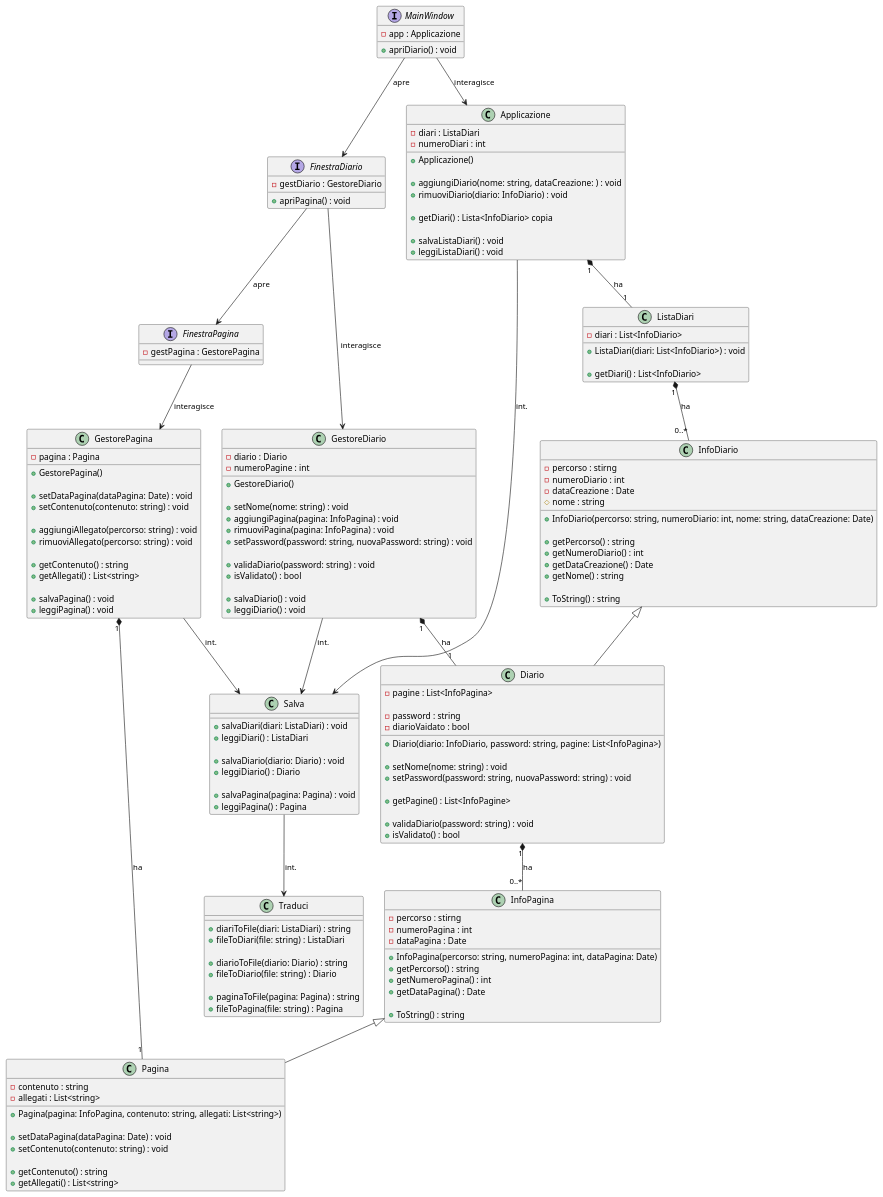
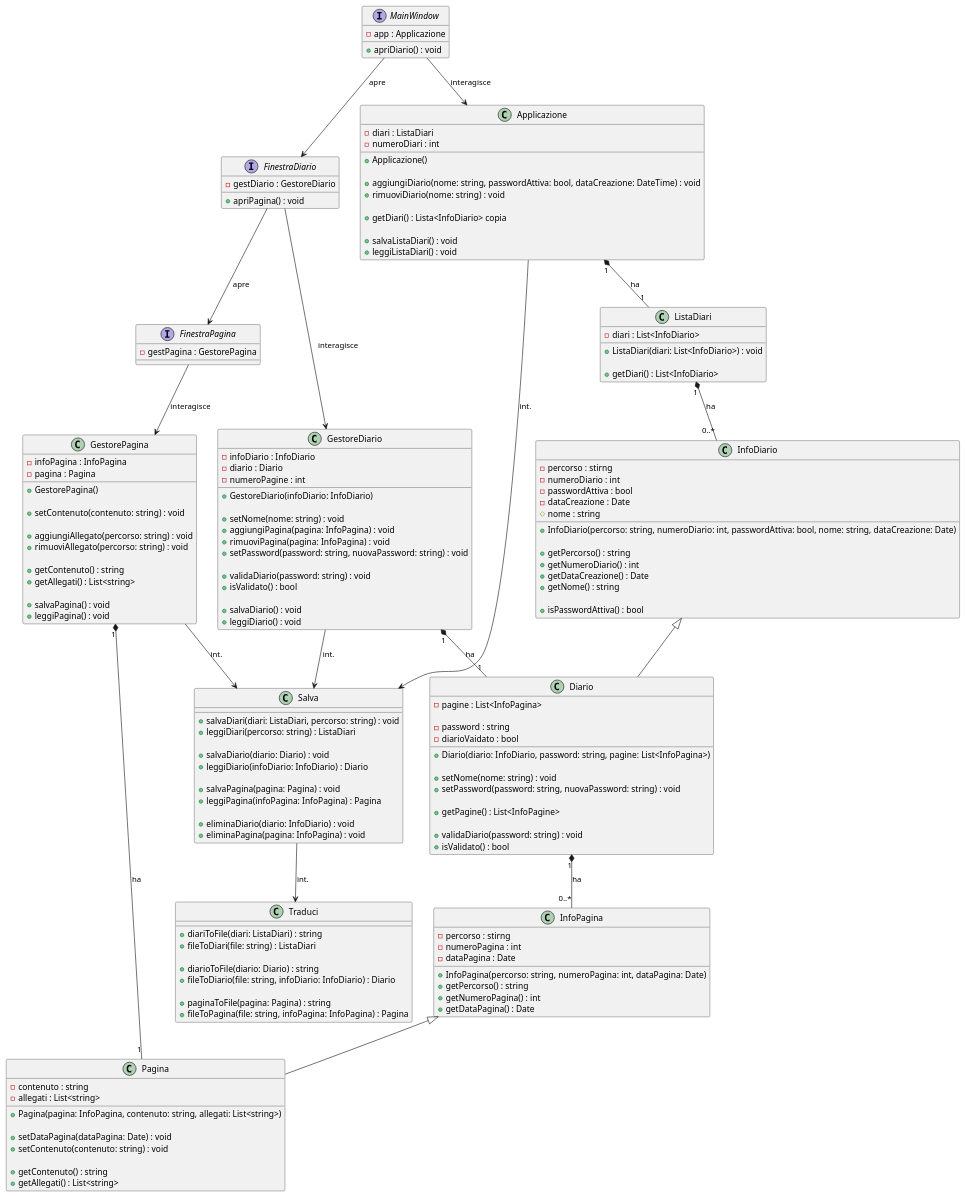
The diagram in diagrammi/ClassDiagram.puml (Borgo2000/Progetto-diario), drawn with PlantUML before and after one commit. The commit also changed 5 other files, not shown here.

Commit message:
Modifiche e rimozioni file dei diagrammi incredibili

```diff
--- a/diagrammi/ClassDiagram.puml
+++ b/diagrammi/ClassDiagram.puml
@@ -25,8 +25,8 @@
     'Inizializza la lista diari tramite classe Salva
     +Applicazione()
 
-    +aggiungiDiario(nome: string, dataCreazione: ) : void
-    +rimuoviDiario(diario: InfoDiario) : void
+    +aggiungiDiario(nome: string, passwordAttiva: bool, dataCreazione: DateTime) : void
+    +rimuoviDiario(nome: string) : void
 
     +getDiari() : Lista<InfoDiario> copia
 
@@ -36,11 +36,12 @@
 }
 
 class GestoreDiario{
+    -infoDiario : InfoDiario
     -diario : Diario
     -numeroPagine : int
 
     'Inizializza il diario
-    +GestoreDiario()
+    +GestoreDiario(infoDiario: InfoDiario)
 
     +setNome(nome: string) : void
     +aggiungiPagina(pagina: InfoPagina) : void
@@ -56,12 +57,12 @@
 }
 
 class GestorePagina{
+    -infoPagina : InfoPagina
     -pagina : Pagina
 
     'Inizializza la pagina
     +GestorePagina()
 
-    +setDataPagina(dataPagina: Date) : void
     +setContenuto(contenuto: string) : void
 
     +aggiungiAllegato(percorso: string) : void
@@ -87,17 +88,18 @@
 class InfoDiario{
     -percorso : stirng
     -numeroDiario : int
+    -passwordAttiva : bool
     -dataCreazione : Date
     #nome : string
 
-    +InfoDiario(percorso: string, numeroDiario: int, nome: string, dataCreazione: Date)
+    +InfoDiario(percorso: string, numeroDiario: int, passwordAttiva: bool, nome: string, dataCreazione: Date)
 
     +getPercorso() : string
     +getNumeroDiario() : int
     +getDataCreazione() : Date
     +getNome() : string
 
-    +ToString() : string
+    +isPasswordAttiva() : bool
 }
 
 class Diario extends InfoDiario{
@@ -129,8 +131,6 @@
     +getPercorso() : string
     +getNumeroPagina() : int
     +getDataPagina() : Date
-
-    +ToString() : string
 }
 
 class Pagina extends InfoPagina{
@@ -154,21 +154,24 @@
     +fileToDiari(file: string) : ListaDiari
 
     +diarioToFile(diario: Diario) : string
-    +fileToDiario(file: string) : Diario
+    +fileToDiario(file: string, infoDiario: InfoDiario) : Diario
 
     +paginaToFile(pagina: Pagina) : string
-    +fileToPagina(file: string) : Pagina
+    +fileToPagina(file: string, infoPagina: InfoPagina) : Pagina
 }
 
 class Salva{
-    +salvaDiari(diari: ListaDiari) : void
-    +leggiDiari() : ListaDiari
+    +salvaDiari(diari: ListaDiari, percorso: string) : void
+    +leggiDiari(percorso: string) : ListaDiari
 
     +salvaDiario(diario: Diario) : void
-    +leggiDiario() : Diario
+    +leggiDiario(infoDiario: InfoDiario) : Diario
 
     +salvaPagina(pagina: Pagina) : void
-    +leggiPagina() : Pagina
+    +leggiPagina(infoPagina: InfoPagina) : Pagina
+
+    +eliminaDiario(diario: InfoDiario) : void
+    +eliminaPagina(pagina: InfoPagina) : void
 }
 
 'Interazioni tra interfacce
```
